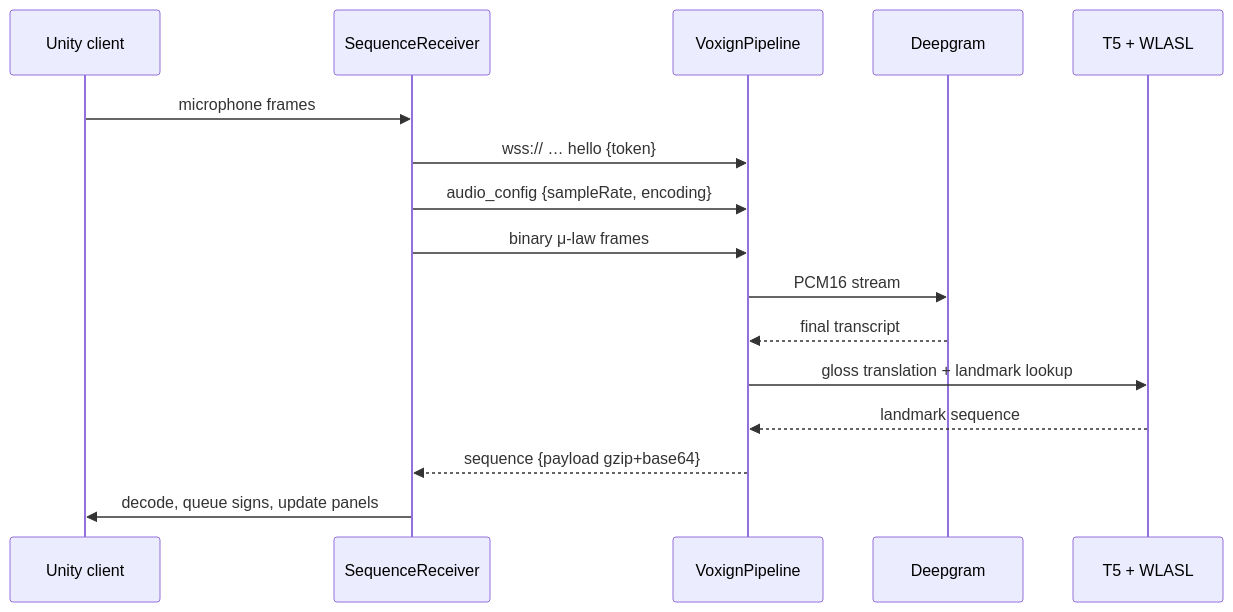
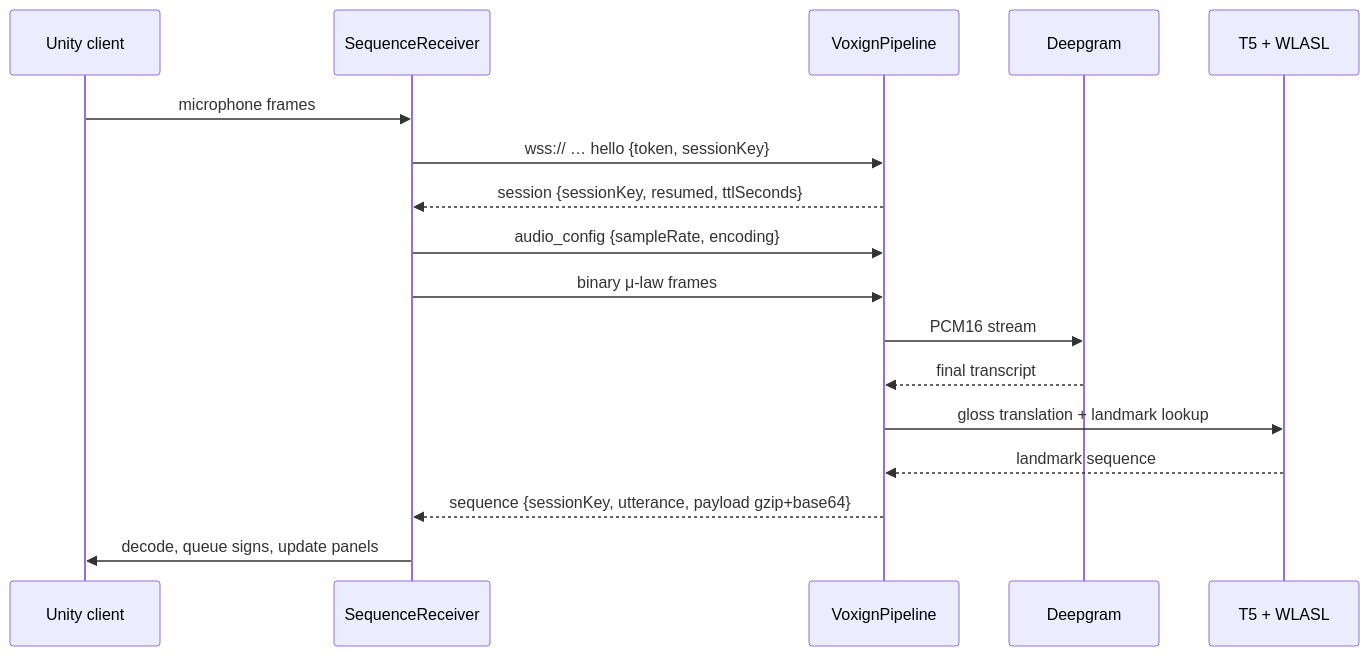
One commit to LordiKoniK/Voxign changed the diagram in Docs/Scripts.md. Above: the diagram before and after it, drawn with Mermaid. The commit also changed other lines of this file and 12 other files, not shown here.

````diff
--- a/Docs/Scripts.md
+++ b/Docs/Scripts.md
@@ -7,19 +7,20 @@
 ```mermaid
 sequenceDiagram
     participant U as Unity client
     participant R as SequenceReceiver
     participant B as VoxignPipeline
     participant D as Deepgram
     participant T as T5 + WLASL
 
     U->>R: microphone frames
-    R->>B: wss:// … hello {token}
+    R->>B: wss:// … hello {token, sessionKey}
+    B-->>R: session {sessionKey, resumed, ttlSeconds}
     R->>B: audio_config {sampleRate, encoding}
     R->>B: binary μ-law frames
     B->>D: PCM16 stream
     D-->>B: final transcript
     B->>T: gloss translation + landmark lookup
     T-->>B: landmark sequence
-    B-->>R: sequence {payload gzip+base64}
+    B-->>R: sequence {sessionKey, utterance, payload gzip+base64}
     R->>U: decode, queue signs, update panels
 ```
````
